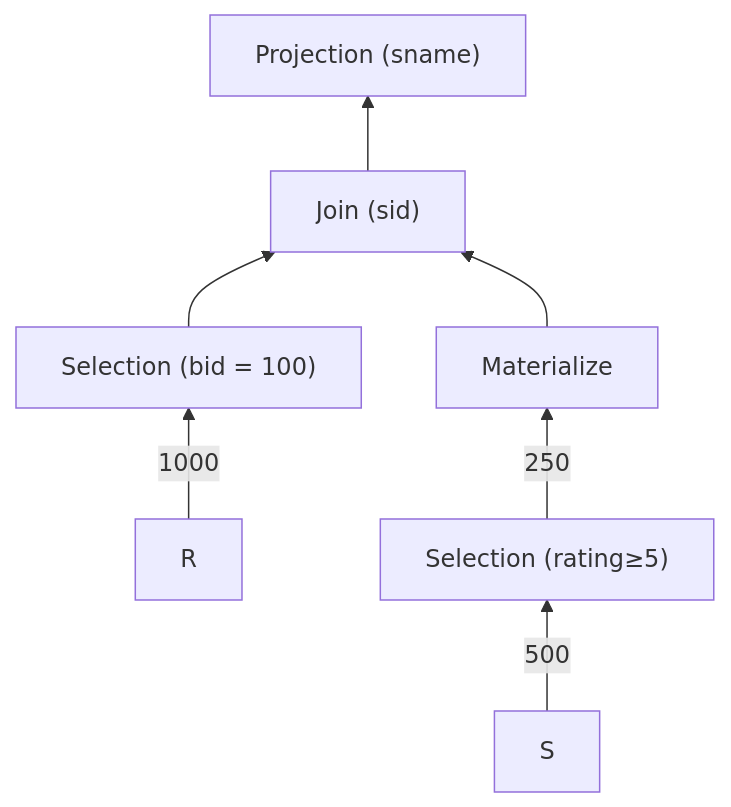
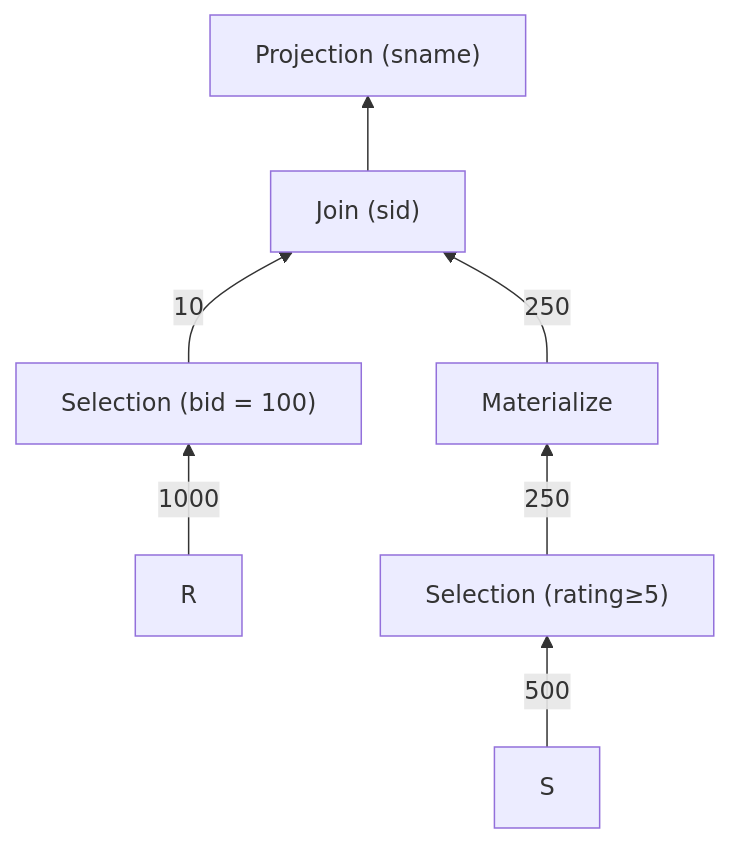
The fifth of 6 diagrams in _notes/Public/Query Cost Estimation Example.md (cswpy/digital-garden), drawn with Mermaid before and after one commit. The commit also changed other lines of this file, not shown here.

````diff
--- a/_notes/Public/Query Cost Estimation Example.md
+++ b/_notes/Public/Query Cost Estimation Example.md
@@ -89,10 +91,10 @@
 ```mermaid
 flowchart BT
 S --500--> Sr["Selection (rating≥5)"]
 Sr --250--> M["Materialize"]
 R --1000--> Sb["Selection (bid = 100)"]
-Sb --> J["Join (sid)"]
-M --> J
+Sb --10--> J["Join (sid)"]
+M --250--> J
 J --> p["Projection (sname)"]
 
 ```
````
